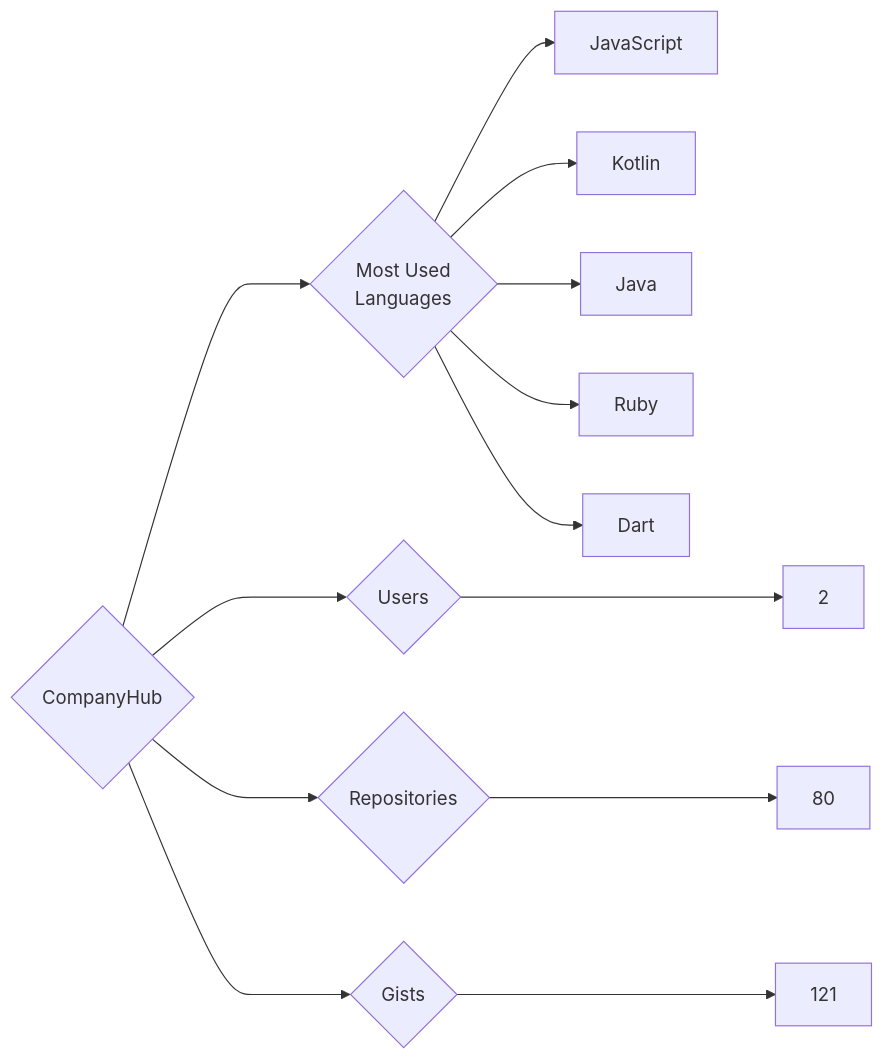
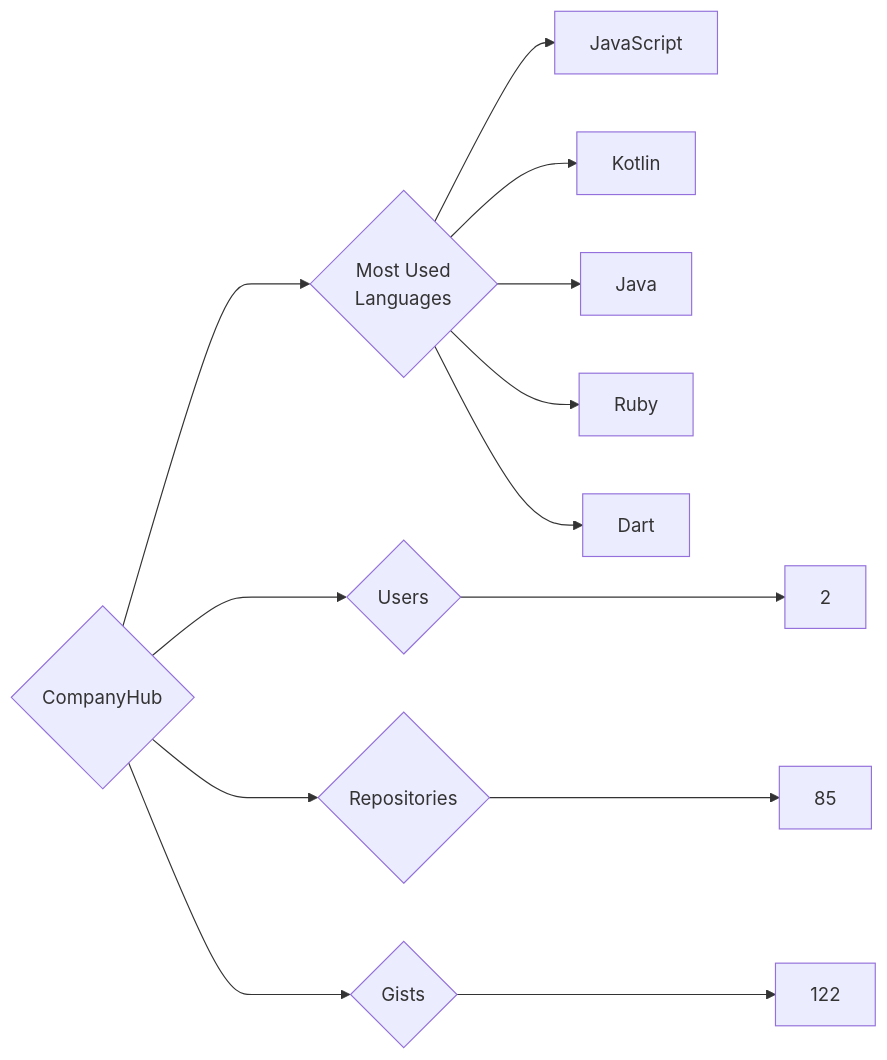
The diagram in targets/CompanyHub/README.md (trickest/insiders), drawn with Mermaid before and after one commit. The commit also changed 1170 other files, not shown here.

````diff
--- a/targets/CompanyHub/README.md
+++ b/targets/CompanyHub/README.md
@@ -3,13 +3,13 @@
 ```mermaid
 graph LR
 COMPANY_NAME{CompanyHub}
 COMPANY_NAME ---> U{Users} ---> UN[2]
-COMPANY_NAME ---> R{Repositories} ---> RN[80]
-COMPANY_NAME ---> G{Gists} ---> GN[121]
+COMPANY_NAME ---> R{Repositories} ---> RN[85]
+COMPANY_NAME ---> G{Gists} ---> GN[122]
 COMPANY_NAME ---> ML{Most Used<br>Languages}
 ML --> JavaScript[JavaScript]
 ML --> Kotlin[Kotlin]
 ML --> Java[Java]
 ML --> Ruby[Ruby]
 ML --> Dart[Dart]
 ```
````
